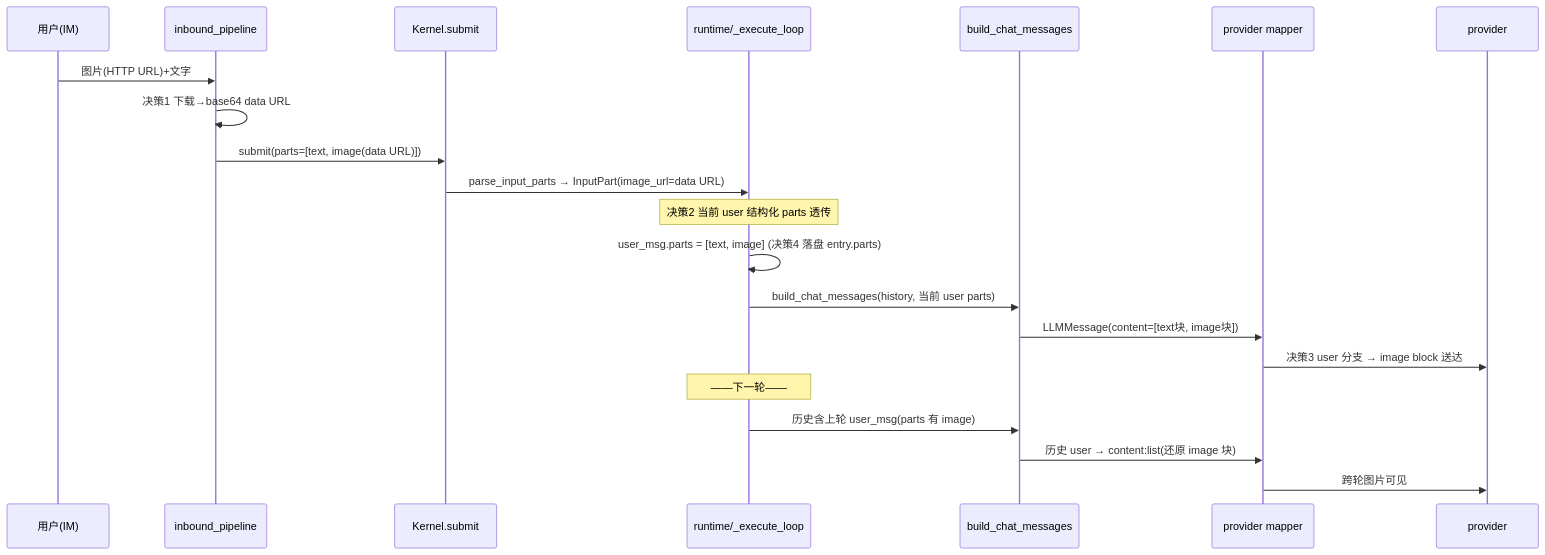
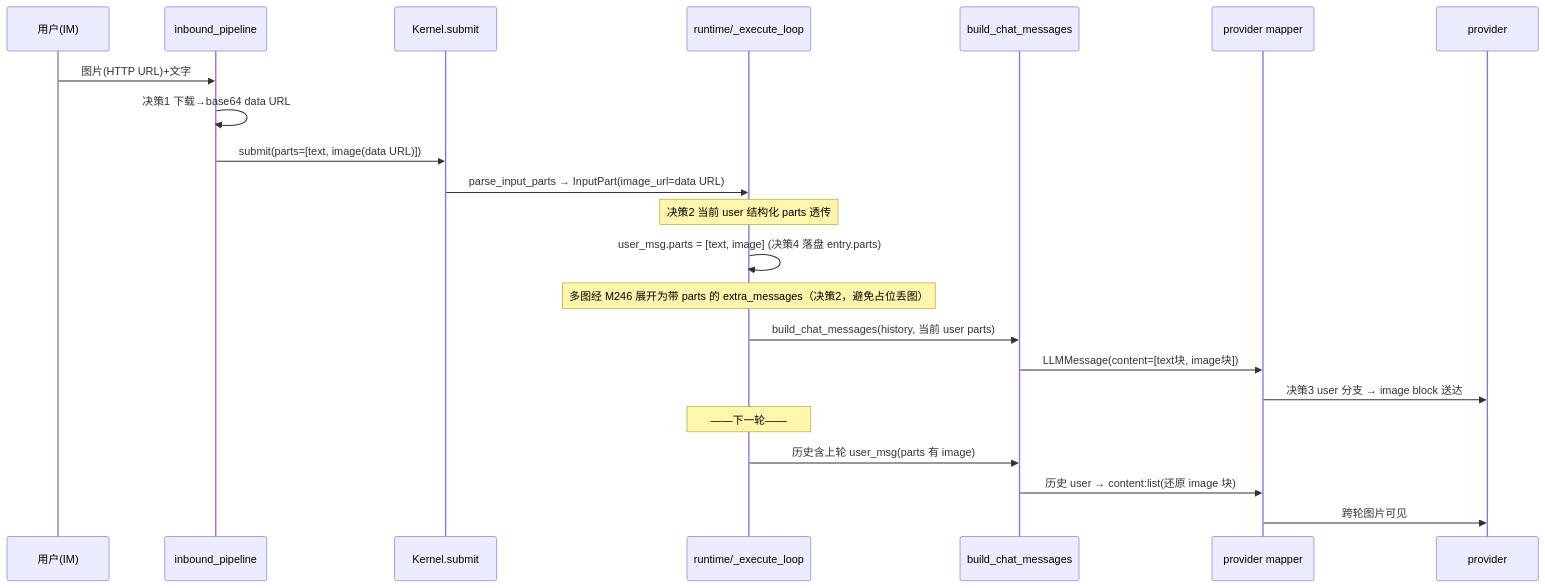
One commit to Mrchen116/nano-multiagent changed the second of 2 diagrams in docs/changes/bugfix-433-image-multi-turn-persistence/design.md. Above: the diagram before and after it, drawn with Mermaid. The commit also changed other lines of this file and 2 other files, not shown here.

````diff
--- a/docs/changes/bugfix-433-image-multi-turn-persistence/design.md
+++ b/docs/changes/bugfix-433-image-multi-turn-persistence/design.md
@@ -134,24 +135,25 @@
 ```mermaid
 sequenceDiagram
   participant U as 用户(IM)
   participant GW as inbound_pipeline
   participant K as Kernel.submit
   participant RT as runtime/_execute_loop
   participant BCM as build_chat_messages
   participant MAP as provider mapper
   participant LLM as provider
 
   U->>GW: 图片(HTTP URL)+文字
   GW->>GW: 决策1 下载→base64 data URL
   GW->>K: submit(parts=[text, image(data URL)])
   K->>RT: parse_input_parts → InputPart(image_url=data URL)
   Note over RT: 决策2 当前 user 结构化 parts 透传
   RT->>RT: user_msg.parts = [text, image]  (决策4 落盘 entry.parts)
+  Note over RT: 多图经 M246 展开为带 parts 的 extra_messages（决策2，避免占位丢图）
   RT->>BCM: build_chat_messages(history, 当前 user parts)
   BCM->>MAP: LLMMessage(content=[text块, image块])
   MAP->>LLM: 决策3 user 分支 → image block 送达
   Note over RT: ——下一轮——
   RT->>BCM: 历史含上轮 user_msg(parts 有 image)
   BCM->>MAP: 历史 user → content:list(还原 image 块)
   MAP->>LLM: 跨轮图片可见
 ```
````
